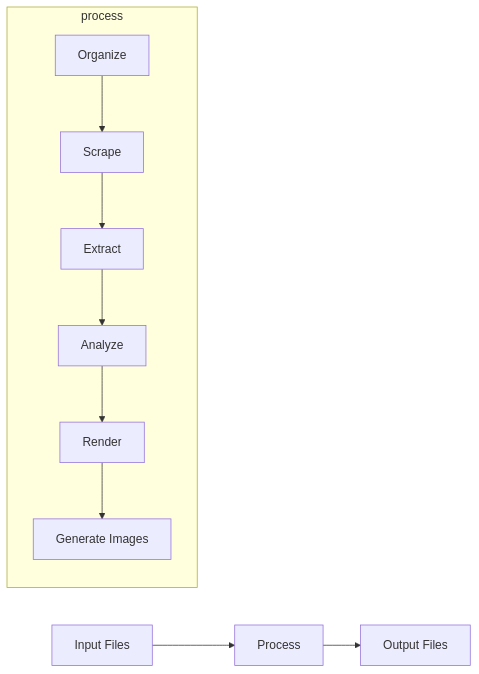
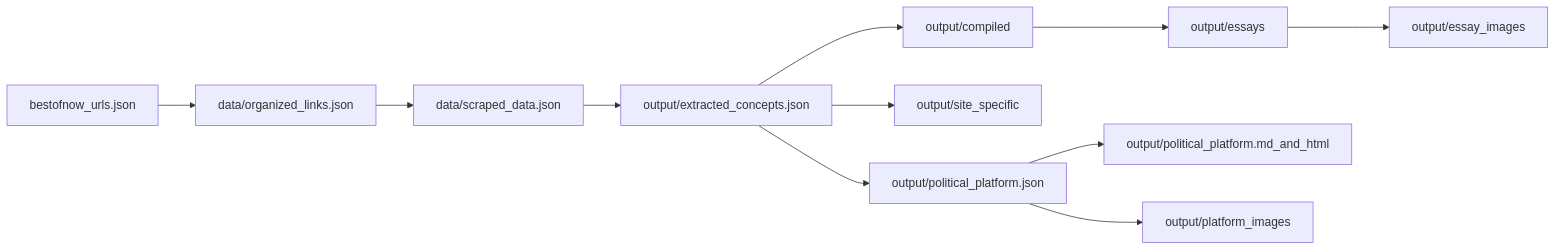
One commit to docxology/links changed the third of 4 diagrams in diagram.md. Above: the diagram before and after it, drawn with Mermaid. The commit also changed other lines of this file and 148 other files, not shown here.

````diff
--- a/diagram.md
+++ b/diagram.md
@@ -37,13 +40,13 @@
 ```mermaid
-graph LR
-    A[Input Files] --> B[Process]
-    B --> C[Output Files]
-    
-    subgraph process
-    B1[Organize] --> B2[Scrape]
-    B2 --> B3[Extract]
-    B3 --> B4[Analyze]
-    B4 --> B5[Render]
-    B5 --> B6[Generate Images]
-    end
+flowchart LR
+  urls[bestofnow_urls.json] --> org[data/organized_links.json]
+  org --> scraped[data/scraped_data.json]
+  scraped --> ext[output/extracted_concepts.json]
+  ext --> compiled[output/compiled]
+  ext --> site[output/site_specific]
+  compiled --> essays[output/essays]
+  essays --> eimg[output/essay_images]
+  ext --> plat[output/political_platform.json]
+  plat --> mdhtml[output/political_platform.md_and_html]
+  plat --> pimg[output/platform_images]
 ```
````
